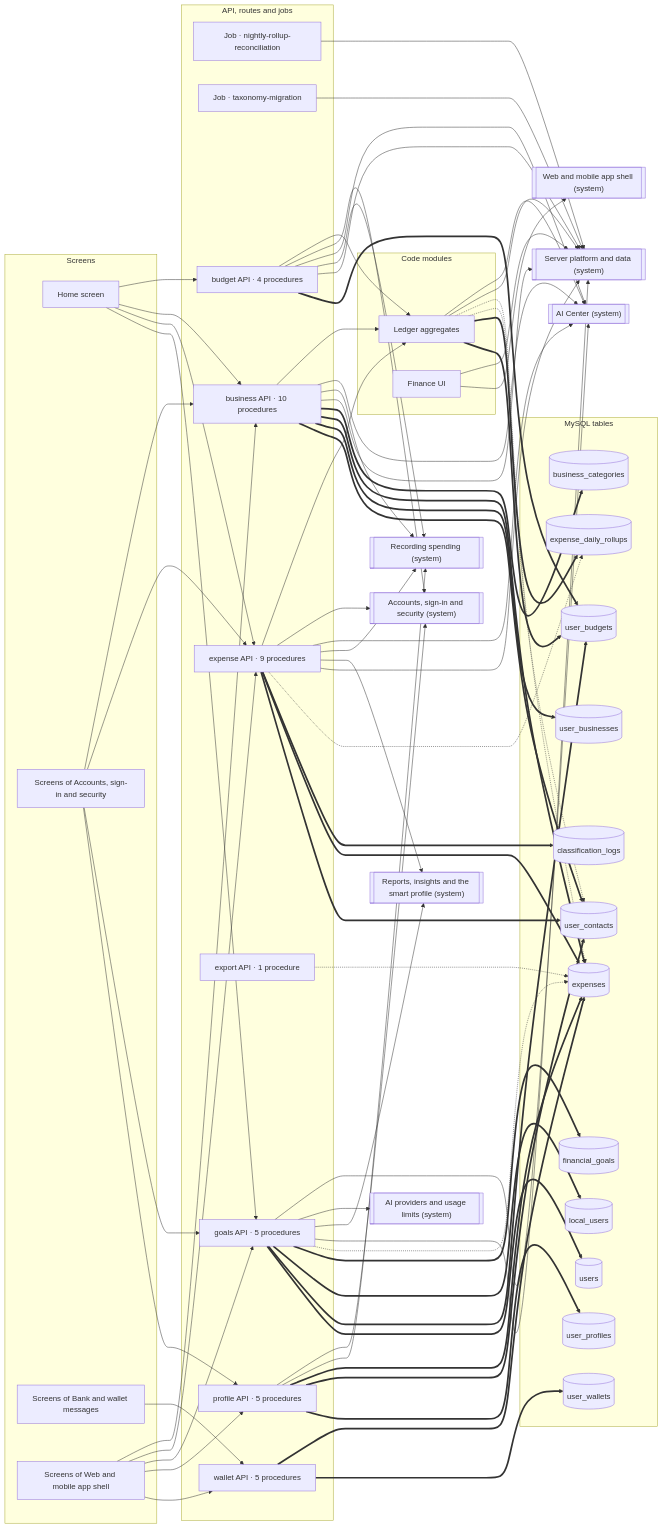
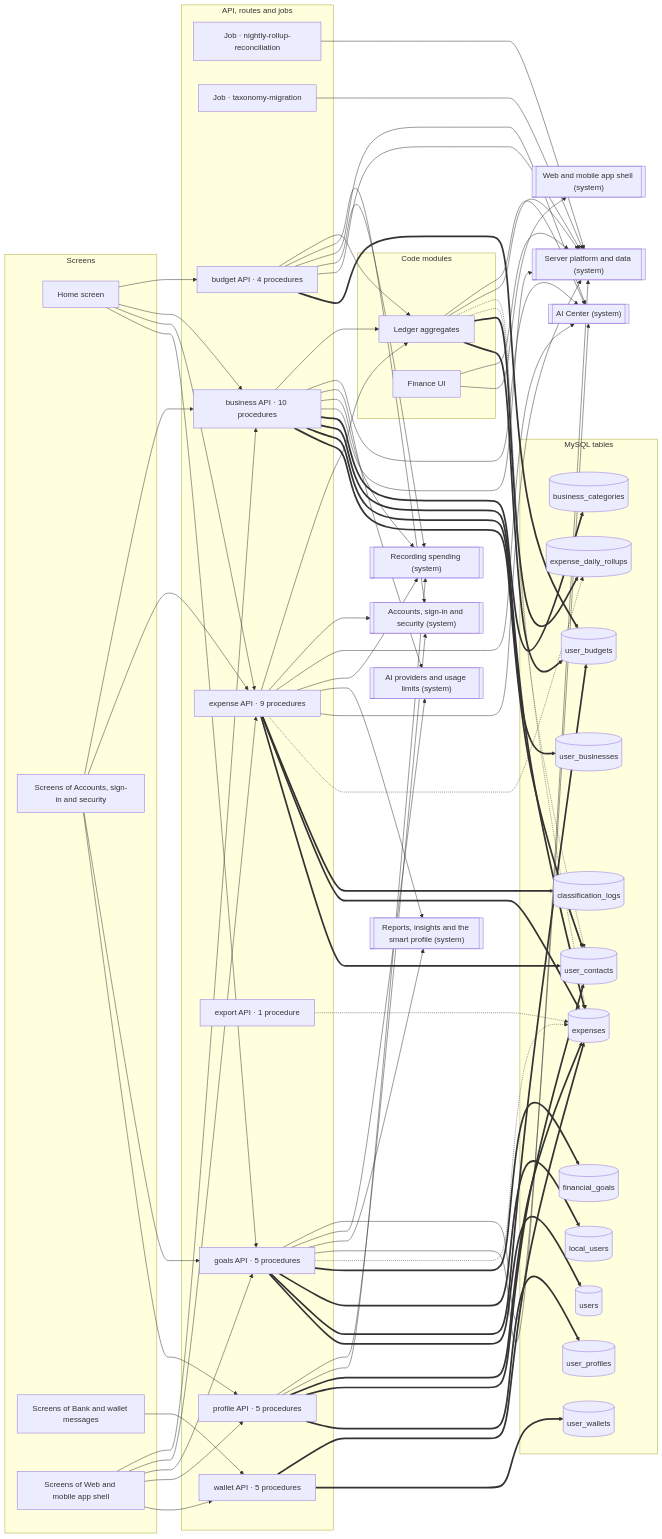
Before and after one commit to mahmoudtaherr111/smartspend_mini_all: the diagram in docs/atlas/systems/money.md, drawn with Mermaid. The commit also changed 56 other files, not shown here.

```diff
--- a/docs/atlas/systems/money.md
+++ b/docs/atlas/systems/money.md
@@ -76,6 +76,7 @@
   router_budget ==> tbl_user_budgets
   router_business --> mod_ledger
   router_business --> sys_ai_center
+  router_business --> sys_ai_platform
   router_business --> sys_expense_capture
   router_business --> sys_platform
   router_business ==> tbl_business_categories
```
